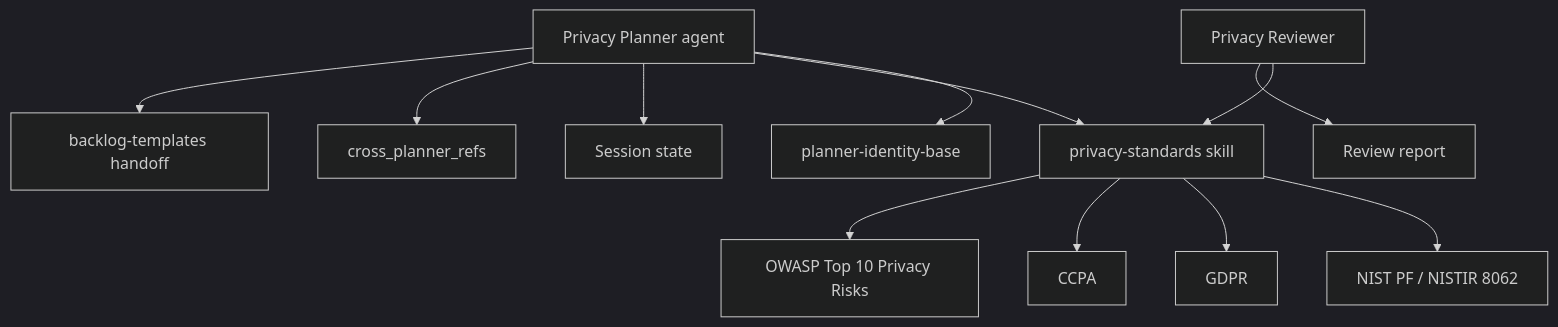
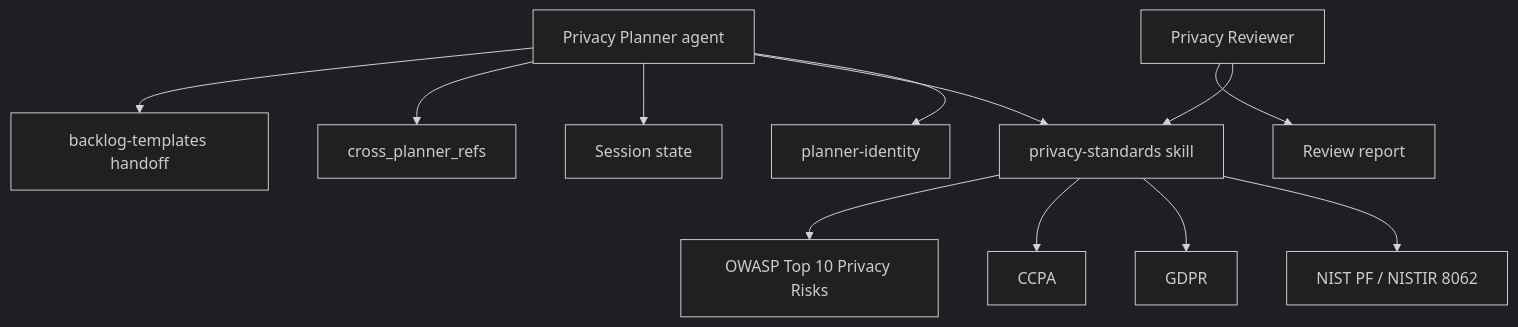
One commit to microsoft/hve-core changed the third of 3 diagrams in docs/planning/prds/privacy-planner-prd.md. Above: the diagram before and after it, drawn with Mermaid (dark theme). The commit also changed other lines of this file, not shown here.

Commit message:
docs(planning): refresh Privacy Planner PRD ms.date and shared identity reference

````diff
--- a/docs/planning/prds/privacy-planner-prd.md
+++ b/docs/planning/prds/privacy-planner-prd.md
@@ -243,16 +243,16 @@
 ```mermaid
 flowchart TB
   accTitle: Privacy Planner Product Architecture
   accDescr: The planner combines shared identity guidance, privacy standards, session state, cross-planner references, and backlog handoff while the reviewer applies the same standards to its report.
-    A[Privacy Planner agent] --> B[planner-identity-base]
+    A[Privacy Planner agent] --> B[planner-identity]
     A --> C[privacy-standards skill]
     C --> D[NIST PF / NISTIR 8062]
     C --> E[GDPR]
     C --> F[CCPA]
     C --> G[OWASP Top 10 Privacy Risks]
     A --> H[Session state]
     A --> I[cross_planner_refs]
     A --> J[backlog-templates handoff]
     K[Privacy Reviewer] --> C
     K --> L[Review report]
 ```
````
